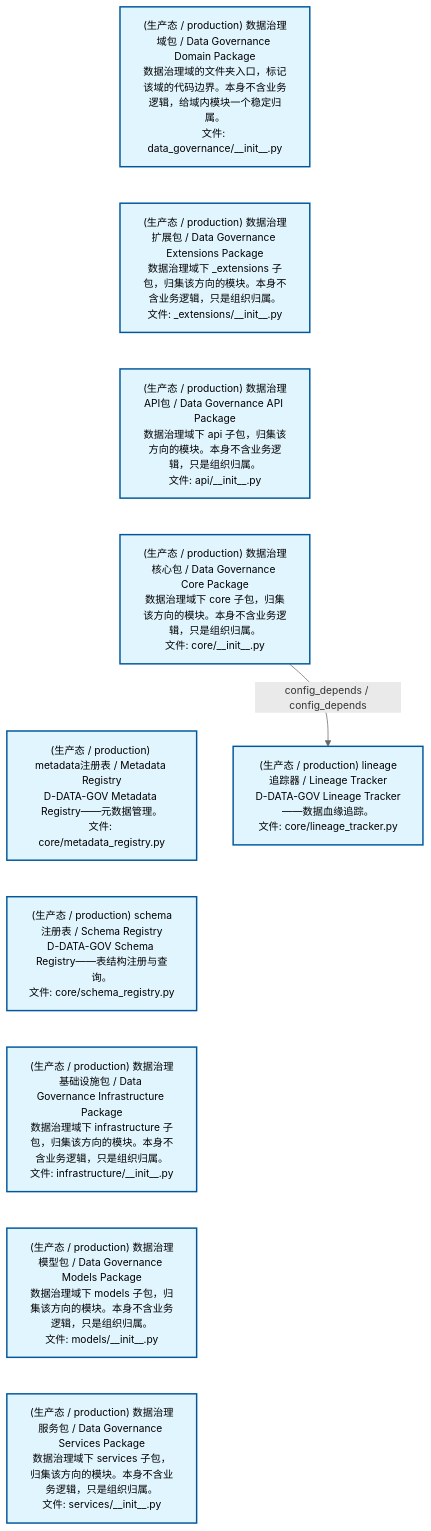
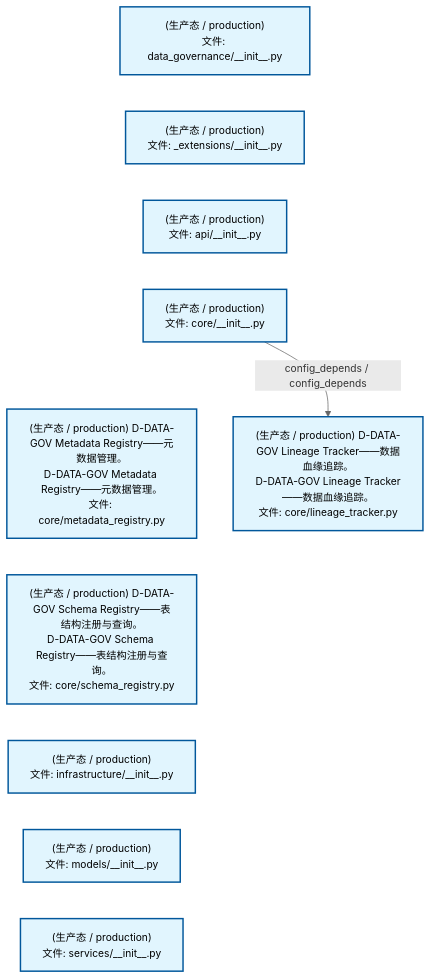
The first of 3 diagrams in docs/02_enterprise_architecture/02_domain_architecture_docs/13_d_data_gov.md (xuanFelixVan/ZephyrAlpha), drawn with Mermaid before and after one commit. The commit also changed other lines of this file and 75 other files, not shown here.

````diff
--- a/docs/02_enterprise_architecture/02_domain_architecture_docs/13_d_data_gov.md
+++ b/docs/02_enterprise_architecture/02_domain_architecture_docs/13_d_data_gov.md
@@ -53,28 +53,28 @@
 ```mermaid
 %%{init: {'theme': 'base', 'themeVariables': {'primaryColor': '#eaeaea', 'primaryTextColor': '#333333', 'primaryBorderColor': '#666666', 'lineColor': '#666666', 'secondaryColor': '#eaeaea', 'tertiaryColor': '#eaeaea', 'fontSize': '14px'}}}%%
 flowchart TD
-    src_zephyr_data_governance_init_py["(生产态 / production) 数据治理域包 / Data Governance Domain Package<br/>数据治理域的文件夹入口，标记该域的代码边界。本身不含业务逻辑，给域内模块一个稳定归属。<br/>文件: data_governance/__init__.py"]
-    src_zephyr_data_governance_extensions_init_py["(生产态 / production) 数据治理扩展包 / Data Governance Extensions Package<br/>数据治理域下 _extensions 子包，归集该方向的模块。本身不含业务逻辑，只是组织归属。<br/>文件: _extensions/__init__.py"]
-    src_zephyr_data_governance_api_init_py["(生产态 / production) 数据治理API包 / Data Governance API Package<br/>数据治理域下 api 子包，归集该方向的模块。本身不含业务逻辑，只是组织归属。<br/>文件: api/__init__.py"]
-    src_zephyr_data_governance_core_init_py["(生产态 / production) 数据治理核心包 / Data Governance Core Package<br/>数据治理域下 core 子包，归集该方向的模块。本身不含业务逻辑，只是组织归属。<br/>文件: core/__init__.py"]
-    src_zephyr_data_governance_core_metadata_registry_py["(生产态 / production) metadata注册表 / Metadata Registry<br/>D-DATA-GOV Metadata Registry——元数据管理。<br/>文件: core/metadata_registry.py"]
-    src_zephyr_data_governance_core_schema_registry_py["(生产态 / production) schema注册表 / Schema Registry<br/>D-DATA-GOV Schema Registry——表结构注册与查询。<br/>文件: core/schema_registry.py"]
-    src_zephyr_data_governance_infrastructure_init_py["(生产态 / production) 数据治理基础设施包 / Data Governance Infrastructure Package<br/>数据治理域下 infrastructure 子包，归集该方向的模块。本身不含业务逻辑，只是组织归属。<br/>文件: infrastructure/__init__.py"]
-    src_zephyr_data_governance_models_init_py["(生产态 / production) 数据治理模型包 / Data Governance Models Package<br/>数据治理域下 models 子包，归集该方向的模块。本身不含业务逻辑，只是组织归属。<br/>文件: models/__init__.py"]
-    src_zephyr_data_governance_services_init_py["(生产态 / production) 数据治理服务包 / Data Governance Services Package<br/>数据治理域下 services 子包，归集该方向的模块。本身不含业务逻辑，只是组织归属。<br/>文件: services/__init__.py"]
+    src_zephyr_data_governance_init_py["(生产态 / production)<br/>文件: data_governance/__init__.py"]
+    src_zephyr_data_governance_extensions_init_py["(生产态 / production)<br/>文件: _extensions/__init__.py"]
+    src_zephyr_data_governance_api_init_py["(生产态 / production)<br/>文件: api/__init__.py"]
+    src_zephyr_data_governance_core_init_py["(生产态 / production)<br/>文件: core/__init__.py"]
+    src_zephyr_data_governance_core_metadata_registry_py["(生产态 / production) D-DATA-GOV Metadata Registry——元数据管理。<br/>D-DATA-GOV Metadata Registry——元数据管理。<br/>文件: core/metadata_registry.py"]
+    src_zephyr_data_governance_core_schema_registry_py["(生产态 / production) D-DATA-GOV Schema Registry——表结构注册与查询。<br/>D-DATA-GOV Schema Registry——表结构注册与查询。<br/>文件: core/schema_registry.py"]
+    src_zephyr_data_governance_infrastructure_init_py["(生产态 / production)<br/>文件: infrastructure/__init__.py"]
+    src_zephyr_data_governance_models_init_py["(生产态 / production)<br/>文件: models/__init__.py"]
+    src_zephyr_data_governance_services_init_py["(生产态 / production)<br/>文件: services/__init__.py"]
     src_zephyr_data_governance_init_py ~~~ src_zephyr_data_governance_extensions_init_py
     src_zephyr_data_governance_extensions_init_py ~~~ src_zephyr_data_governance_api_init_py
     src_zephyr_data_governance_api_init_py ~~~ src_zephyr_data_governance_core_init_py
     src_zephyr_data_governance_core_init_py ~~~ src_zephyr_data_governance_core_metadata_registry_py
     src_zephyr_data_governance_core_metadata_registry_py ~~~ src_zephyr_data_governance_core_schema_registry_py
     src_zephyr_data_governance_core_schema_registry_py ~~~ src_zephyr_data_governance_infrastructure_init_py
     src_zephyr_data_governance_infrastructure_init_py ~~~ src_zephyr_data_governance_models_init_py
     src_zephyr_data_governance_models_init_py ~~~ src_zephyr_data_governance_services_init_py
-    src_zephyr_data_governance_core_lineage_tracker_py["(生产态 / production) lineage追踪器 / Lineage Tracker<br/>D-DATA-GOV Lineage Tracker——数据血缘追踪。<br/>文件: core/lineage_tracker.py"]
+    src_zephyr_data_governance_core_lineage_tracker_py["(生产态 / production) D-DATA-GOV Lineage Tracker——数据血缘追踪。<br/>D-DATA-GOV Lineage Tracker——数据血缘追踪。<br/>文件: core/lineage_tracker.py"]
     src_zephyr_data_governance_core_init_py -->|config_depends / config_depends| src_zephyr_data_governance_core_lineage_tracker_py
     classDef production fill:#e1f5fe,stroke:#01579b,stroke-width:2px,color:#000
     classDef design fill:#fff3e0,stroke:#e65100,stroke-width:2px,color:#000,stroke-dasharray: 5 5
     classDef external_prod fill:#e8f4fd,stroke:#0277bd,stroke-width:1px,color:#000
     classDef external_design fill:#fff8e7,stroke:#ef6c00,stroke-width:1px,color:#000,stroke-dasharray: 5 5
     class src_zephyr_data_governance_init_py,src_zephyr_data_governance_extensions_init_py,src_zephyr_data_governance_api_init_py,src_zephyr_data_governance_core_init_py,src_zephyr_data_governance_core_lineage_tracker_py,src_zephyr_data_governance_core_metadata_registry_py,src_zephyr_data_governance_core_schema_registry_py,src_zephyr_data_governance_infrastructure_init_py,src_zephyr_data_governance_models_init_py,src_zephyr_data_governance_services_init_py production
 ```
````
